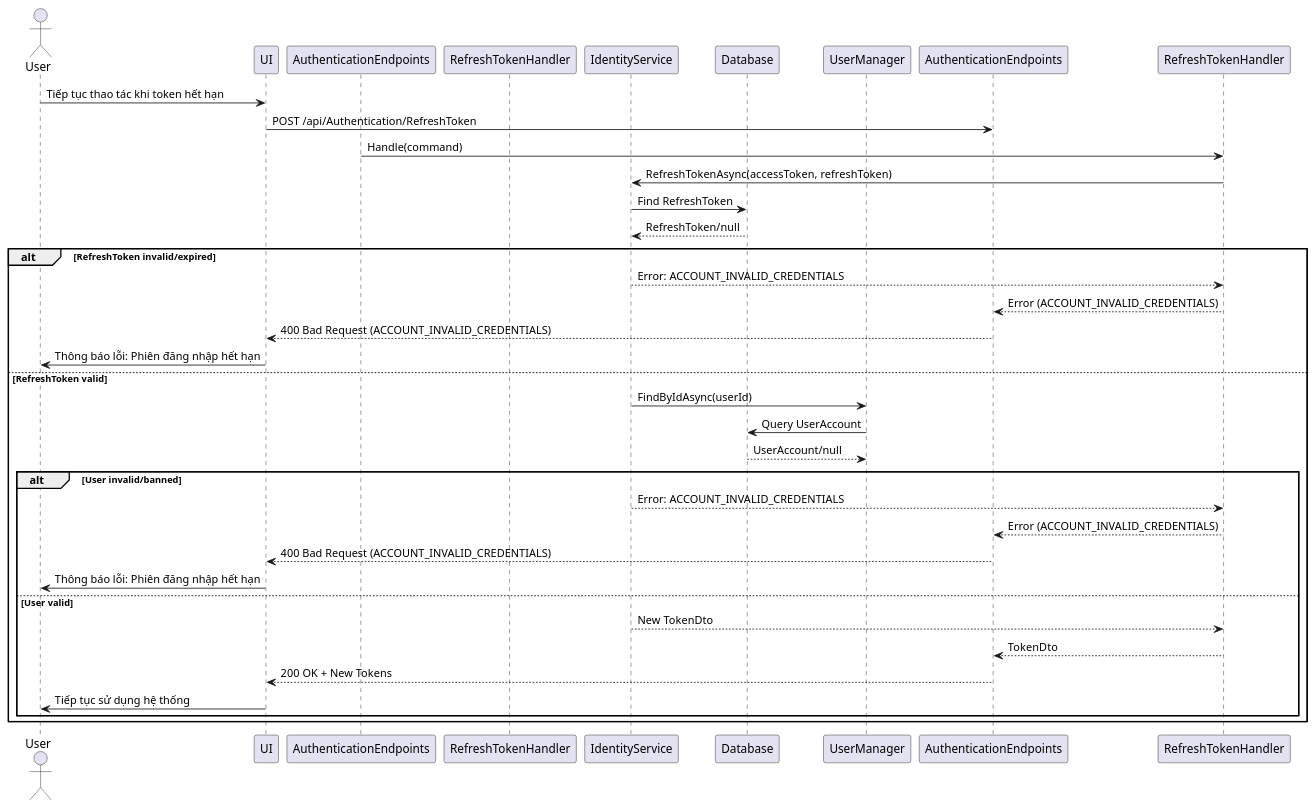
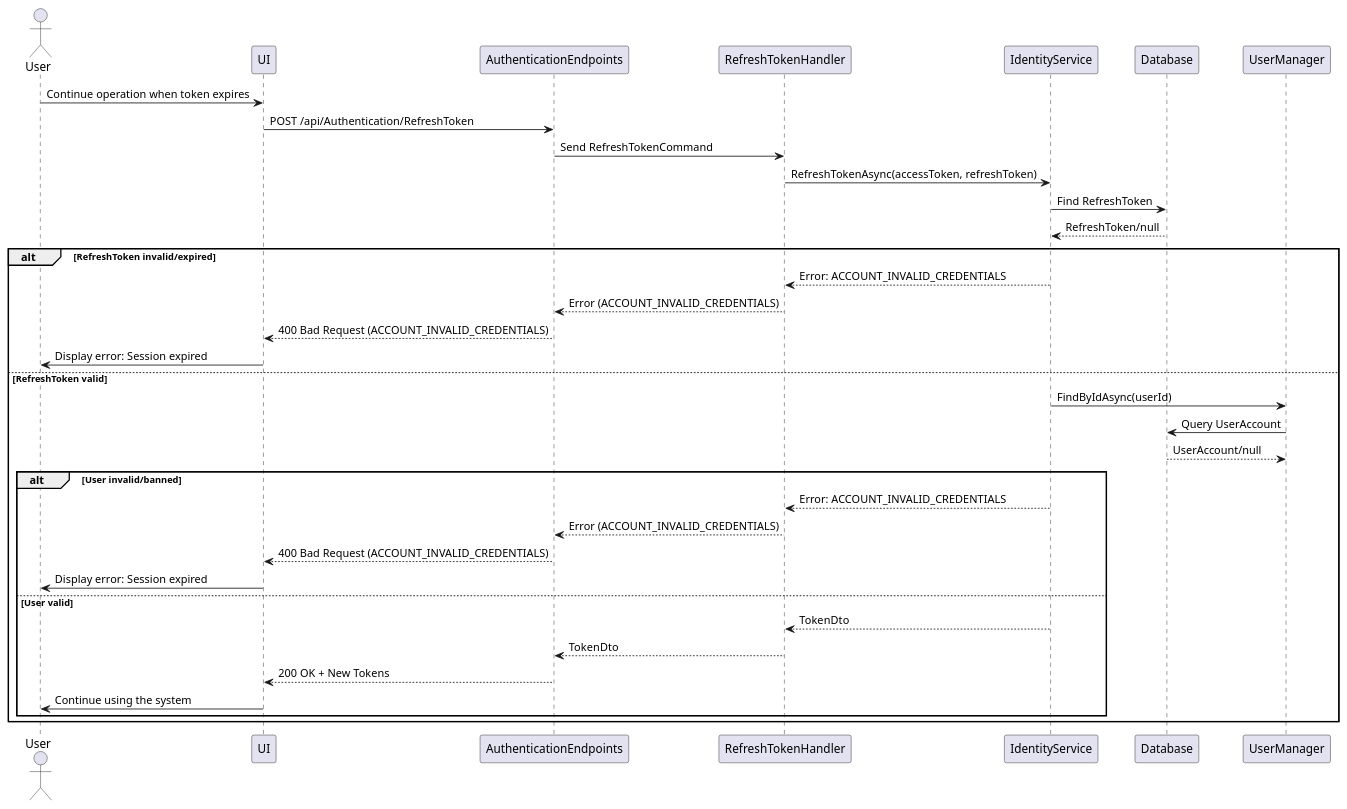
Before and after one commit to thanhkhac/SEP_Diagram: the diagram in authentication/Sequence/05_RefreshToken.puml, drawn with PlantUML. The commit also changed 11 other files, not shown here.

First line of the commit message:
Update authentication sequence diagrams and add SetPassword flow

```diff
--- a/authentication/Sequence/05_RefreshToken.puml
+++ b/authentication/Sequence/05_RefreshToken.puml
@@ -1,37 +1,37 @@
 @startuml
 actor User
 participant UI
 participant AuthenticationEndpoints as Endpoint
 participant RefreshTokenHandler as Handler
 participant IdentityService
 participant Database
 participant UserManager
 
-User -> UI : Tiếp tục thao tác khi token hết hạn
-UI -> AuthenticationEndpoints : POST /api/Authentication/RefreshToken
-Endpoint -> RefreshTokenHandler : Handle(command)
-RefreshTokenHandler -> IdentityService : RefreshTokenAsync(accessToken, refreshToken)
+User -> UI : Continue operation when token expires
+UI -> Endpoint : POST /api/Authentication/RefreshToken
+Endpoint -> Handler : Send RefreshTokenCommand
+Handler -> IdentityService : RefreshTokenAsync(accessToken, refreshToken)
 IdentityService -> Database : Find RefreshToken
 Database --> IdentityService : RefreshToken/null
 alt RefreshToken invalid/expired
-    IdentityService --> RefreshTokenHandler : Error: ACCOUNT_INVALID_CREDENTIALS
-    RefreshTokenHandler --> AuthenticationEndpoints : Error (ACCOUNT_INVALID_CREDENTIALS)
-    AuthenticationEndpoints --> UI : 400 Bad Request (ACCOUNT_INVALID_CREDENTIALS)
-    UI -> User : Thông báo lỗi: Phiên đăng nhập hết hạn
+    IdentityService --> Handler : Error: ACCOUNT_INVALID_CREDENTIALS
+    Handler --> Endpoint : Error (ACCOUNT_INVALID_CREDENTIALS)
+    Endpoint --> UI : 400 Bad Request (ACCOUNT_INVALID_CREDENTIALS)
+    UI -> User : Display error: Session expired
 else RefreshToken valid
     IdentityService -> UserManager : FindByIdAsync(userId)
     UserManager -> Database : Query UserAccount
     Database --> UserManager : UserAccount/null
     alt User invalid/banned
-        IdentityService --> RefreshTokenHandler : Error: ACCOUNT_INVALID_CREDENTIALS
-        RefreshTokenHandler --> AuthenticationEndpoints : Error (ACCOUNT_INVALID_CREDENTIALS)
-        AuthenticationEndpoints --> UI : 400 Bad Request (ACCOUNT_INVALID_CREDENTIALS)
-        UI -> User : Thông báo lỗi: Phiên đăng nhập hết hạn
+        IdentityService --> Handler : Error: ACCOUNT_INVALID_CREDENTIALS
+        Handler --> Endpoint : Error (ACCOUNT_INVALID_CREDENTIALS)
+        Endpoint --> UI : 400 Bad Request (ACCOUNT_INVALID_CREDENTIALS)
+        UI -> User : Display error: Session expired
     else User valid
-        IdentityService --> RefreshTokenHandler : New TokenDto
-        RefreshTokenHandler --> AuthenticationEndpoints : TokenDto
-        AuthenticationEndpoints --> UI : 200 OK + New Tokens
-        UI -> User : Tiếp tục sử dụng hệ thống
+        IdentityService --> Handler : TokenDto
+        Handler --> Endpoint : TokenDto
+        Endpoint --> UI : 200 OK + New Tokens
+        UI -> User : Continue using the system
     end
 end
 @enduml
```
